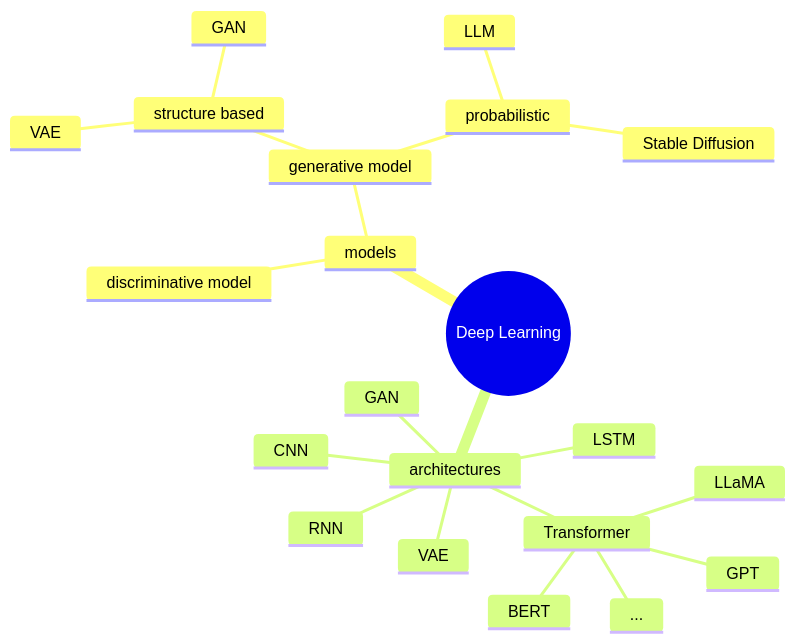
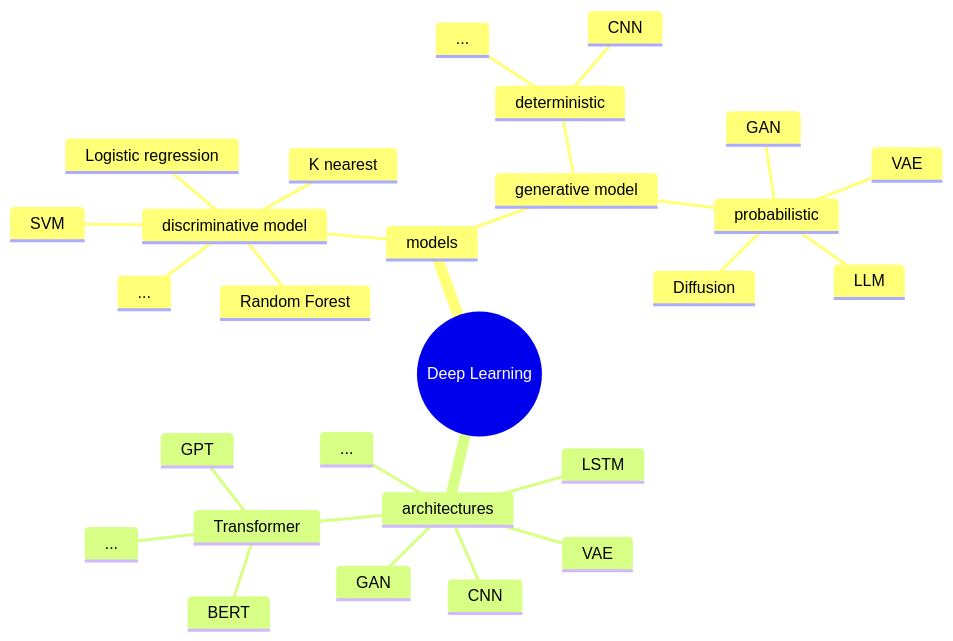
Before and after one commit to pps43/pps43.github.io: the diagram in content/posts/asking_ai_about_ai.md, drawn with Mermaid. The commit also changed other lines of this file and 1 other file, not shown here.

````diff
--- a/content/posts/asking_ai_about_ai.md
+++ b/content/posts/asking_ai_about_ai.md
@@ -129,24 +144,30 @@
 ```mermaid
 mindmap
     root((Deep Learning))
         models
             discriminative model
+                K nearest
+                Logistic regression
+                SVM
+                Random Forest
+                ...
             generative model
-                structure based
+                deterministic
+                    CNN
+                    ...
+                probabilistic
                     VAE
                     GAN
-                probabilistic
                     LLM
-                    Stable Diffusion
+                    Diffusion
         architectures
             CNN
-            RNN
             LSTM
             GAN
             VAE
+            ...
             Transformer
                 BERT
                 GPT
-                LLaMA
                 ...
 ```
````
